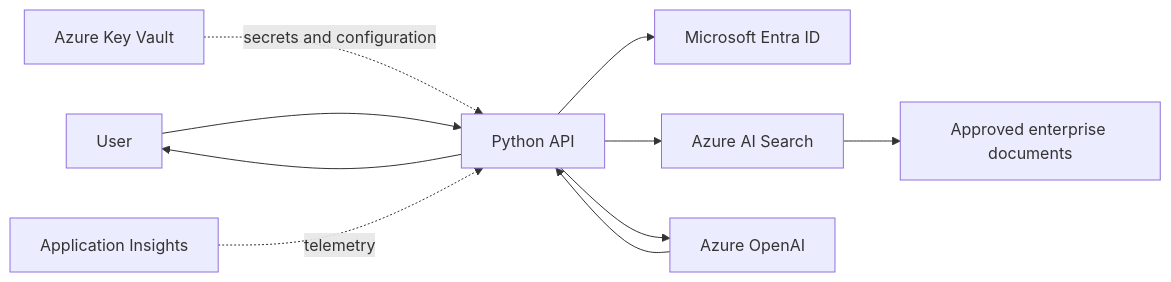
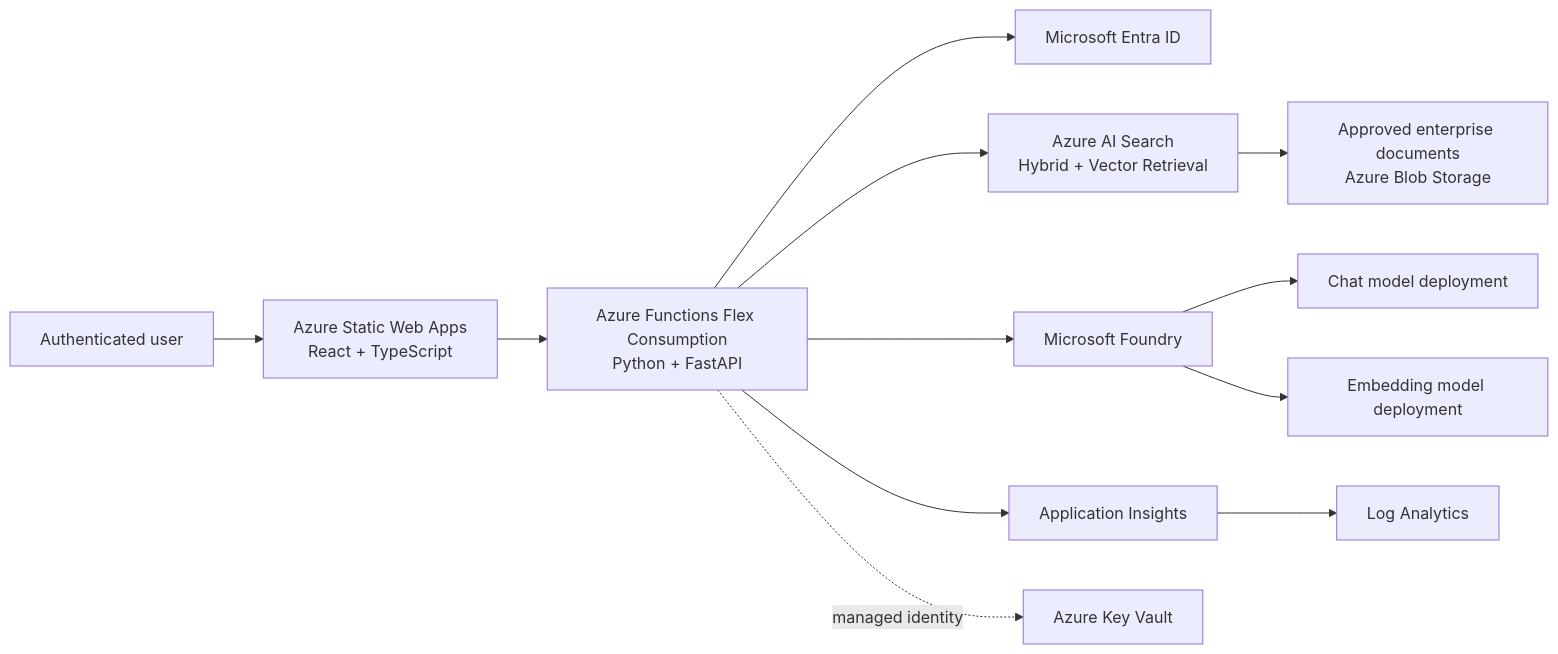
One commit to safakiLemeuer/bht-insight-foundry changed the first of 2 diagrams in README.md. Above: the diagram before and after it, drawn with Mermaid. The commit also changed other lines of this file, not shown here.

Commit message:
docs: align README with serverless Phase 1A architecture

````diff
--- a/README.md
+++ b/README.md
@@ -11,13 +11,14 @@
 ```mermaid
 flowchart LR
-    U[User] --> API[Python API]
-    API --> ID[Microsoft Entra ID]
-    API --> SEARCH[Azure AI Search]
-    SEARCH --> DATA[Approved enterprise documents]
-    API --> AOAI[Azure OpenAI]
-    AOAI --> API
-    API --> U
-
-    KV[Azure Key Vault] -. secrets and configuration .-> API
-    MON[Application Insights] -. telemetry .-> API
+    U[Authenticated user] --> SWA[Azure Static Web Apps\nReact + TypeScript]
+    SWA --> API[Azure Functions Flex Consumption\nPython + FastAPI]
+    API --> ENTRA[Microsoft Entra ID]
+    API --> SEARCH[Azure AI Search\nHybrid + Vector Retrieval]
+    SEARCH --> DATA[Approved enterprise documents\nAzure Blob Storage]
+    API --> FOUNDRY[Microsoft Foundry]
+    FOUNDRY --> CHAT[Chat model deployment]
+    FOUNDRY --> EMBED[Embedding model deployment]
+    API --> MON[Application Insights]
+    MON --> LOG[Log Analytics]
+    API -. managed identity .-> KV[Azure Key Vault]
 ```
````
